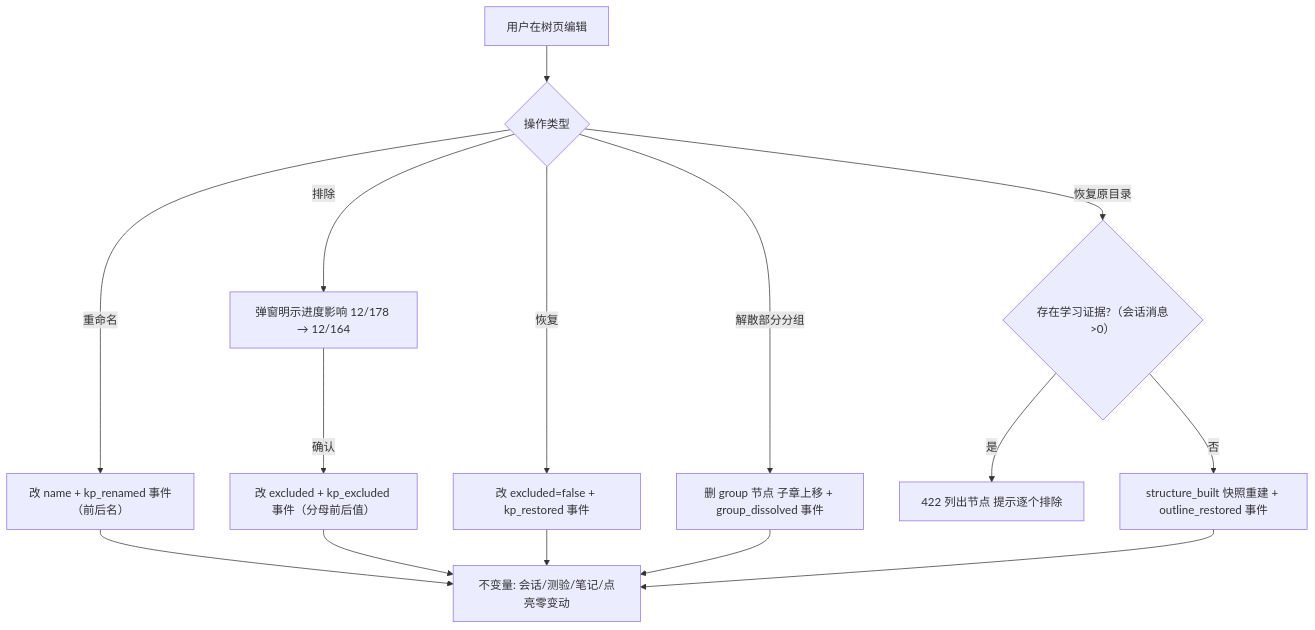
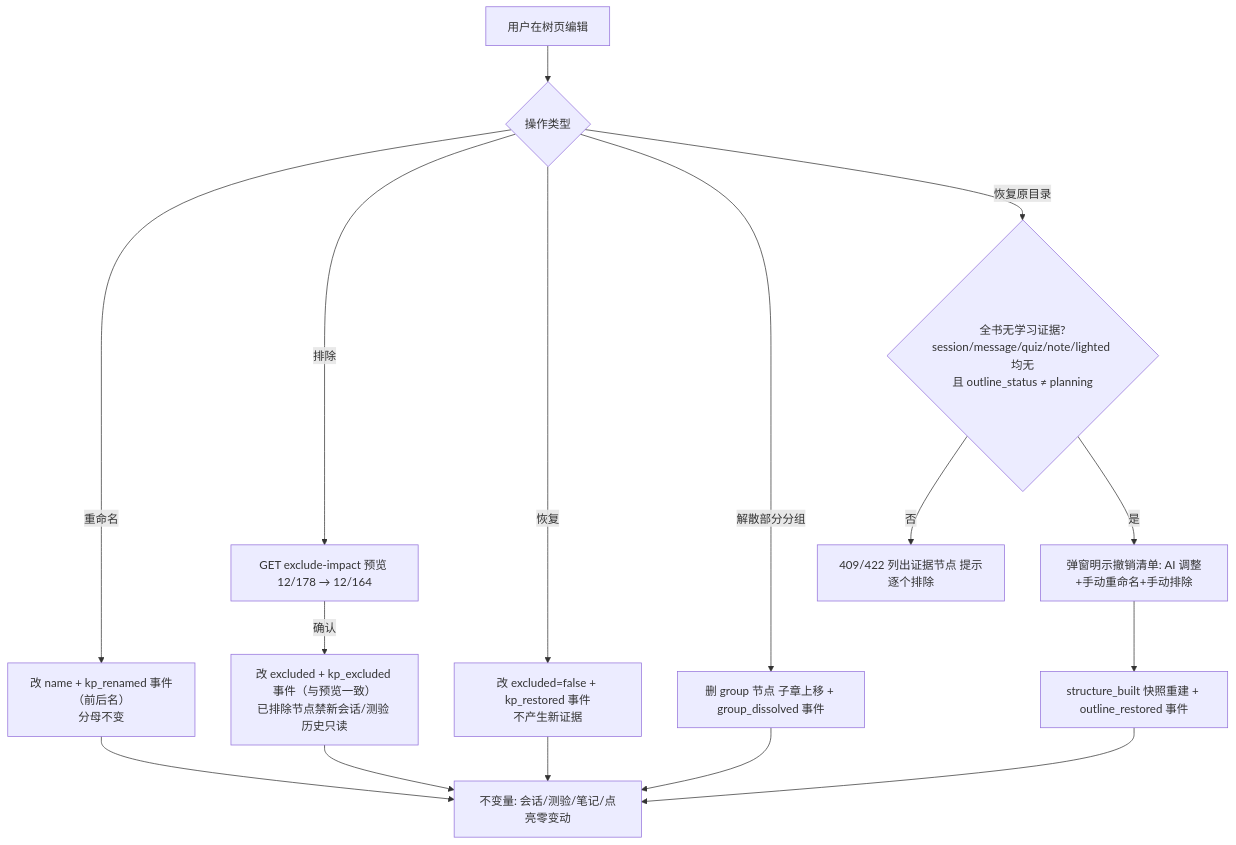
The third of 6 diagrams in docs/v0.1/technical/流程图.md (wangzf657/BetterOneself), drawn with Mermaid before and after one commit. The commit also changed other lines of this file and 106 other files, not shown here.

````diff
--- a/docs/v0.1/technical/流程图.md
+++ b/docs/v0.1/technical/流程图.md
@@ -67,13 +71,14 @@
 ```mermaid
 flowchart TD
     A[用户在树页编辑] --> B{操作类型}
-    B -- 重命名 --> C[改 name + kp_renamed 事件（前后名）]
-    B -- 排除 --> D[弹窗明示进度影响 12/178 → 12/164]
-    D -- 确认 --> E[改 excluded + kp_excluded 事件（分母前后值）]
-    B -- 恢复 --> F[改 excluded=false + kp_restored 事件]
+    B -- 重命名 --> C[改 name + kp_renamed 事件（前后名）<br/>分母不变]
+    B -- 排除 --> D[GET exclude-impact 预览 12/178 → 12/164]
+    D -- 确认 --> E[改 excluded + kp_excluded 事件（与预览一致）<br/>已排除节点禁新会话/测验 历史只读]
+    B -- 恢复 --> F[改 excluded=false + kp_restored 事件<br/>不产生新证据]
     B -- 解散部分分组 --> G[删 group 节点 子章上移 + group_dissolved 事件]
-    B -- 恢复原目录 --> H{存在学习证据?（会话消息>0）}
-    H -- 是 --> I[422 列出节点 提示逐个排除]
-    H -- 否 --> J[structure_built 快照重建 + outline_restored 事件]
-    C & E & F & G & J --> K[不变量: 会话/测验/笔记/点亮零变动]
+    B -- 恢复原目录 --> H{全书无学习证据?<br/>session/message/quiz/note/lighted 均无<br/>且 outline_status ≠ planning}
+    H -- 否 --> I[409/422 列出证据节点 提示逐个排除]
+    H -- 是 --> J[弹窗明示撤销清单: AI 调整+手动重命名+手动排除]
+    J --> K[structure_built 快照重建 + outline_restored 事件]
+    C & E & F & G & K --> L[不变量: 会话/测验/笔记/点亮零变动]
 ```
````
